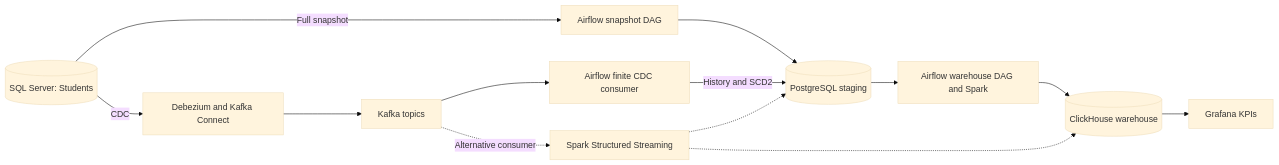
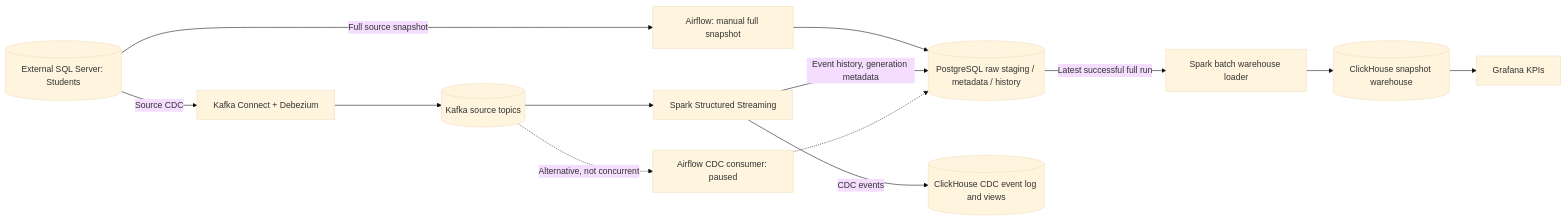
One commit to pzolfaghari72/students-data-engineering-platform changed the diagram in README.md. Above: the diagram before and after it, drawn with Mermaid (base theme). The commit also changed other lines of this file and 9 other files, not shown here.

````diff
--- a/README.md
+++ b/README.md
@@ -20,27 +19,22 @@
 ```mermaid
 flowchart LR
-    SQL[(SQL Server: Students)]
-    EXT[Airflow snapshot DAG]
-    PG[(PostgreSQL staging)]
-    LOAD[Airflow warehouse DAG and Spark]
-    CH[(ClickHouse warehouse)]
-    G[Grafana KPIs]
+    SQL[(External SQL Server: Students)]
+    AF[Airflow: manual full snapshot]
+    PG[(PostgreSQL raw staging / metadata / history)]
+    Batch[Spark batch warehouse loader]
+    CH[(ClickHouse snapshot warehouse)]
+    GF[Grafana KPIs]
+    Connect[Kafka Connect + Debezium]
+    K[(Kafka source topics)]
+    Stream[Spark Structured Streaming]
+    CDC[(ClickHouse CDC event log and views)]
+    Legacy[Airflow CDC consumer: paused]
 
-    DBZ[Debezium and Kafka Connect]
-    K[Kafka topics]
-    ACDC[Airflow finite CDC consumer]
-    SCDC[Spark Structured Streaming]
-
-    SQL -->|Full snapshot| EXT
-    EXT --> PG
-    PG --> LOAD
-    LOAD --> CH
-    CH --> G
-    SQL -->|CDC| DBZ
-    DBZ --> K
-    K --> ACDC
-    ACDC -->|History and SCD2| PG
-    K -.->|Alternative consumer| SCDC
-    SCDC -.-> PG
-    SCDC -.-> CH
+    SQL -->|Full source snapshot| AF --> PG
+    PG -->|Latest successful full run| Batch --> CH --> GF
+    SQL -->|Source CDC| Connect --> K --> Stream
+    Stream -->|Event history, generation metadata| PG
+    Stream -->|CDC events| CDC
+    K -.->|Alternative, not concurrent| Legacy
+    Legacy -.-> PG
 ```
````
